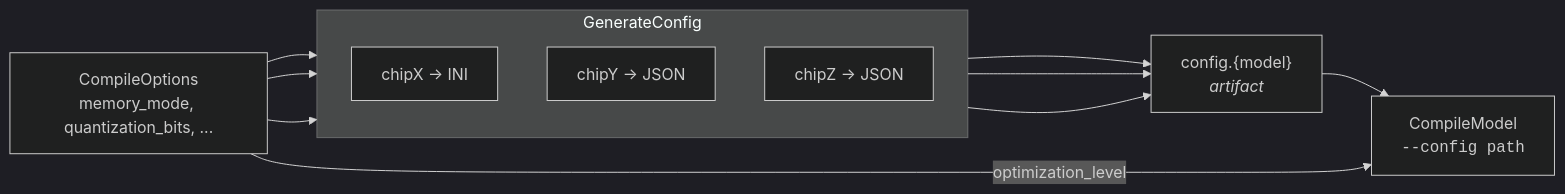
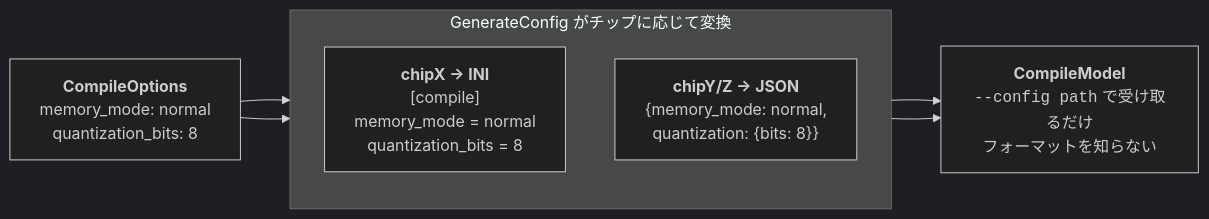
One commit to hatsuka20/vibe_test changed the fifth of 6 diagrams in docs/architecture.md. Above: the diagram before and after it, drawn with Mermaid (dark theme). The commit also changed other lines of this file, not shown here.

First line of the commit message:
Rewrite architecture doc with motivation, examples, and narrative

````diff
--- a/docs/architecture.md
+++ b/docs/architecture.md
@@ -122,17 +222,15 @@
 ```mermaid
 flowchart LR
-    CO["CompileOptions<br/>memory_mode, quantization_bits, ..."]
+    CO["<b>CompileOptions</b><br/>memory_mode: normal<br/>quantization_bits: 8"]
 
-    subgraph "GenerateConfig"
+    subgraph gc["GenerateConfig がチップに応じて変換"]
         direction TB
-        CX["chipX → INI"]
-        CY["chipY → JSON"]
-        CZ["chipZ → JSON"]
+        INI["<b>chipX → INI</b><br/>[compile]<br/>memory_mode = normal<br/>quantization_bits = 8"]
+        JSON["<b>chipY/Z → JSON</b><br/>{memory_mode: normal,<br/> quantization: {bits: 8}}"]
     end
 
-    CF["config.{model}<br/><i>artifact</i>"]
-    CModel["CompileModel<br/><code>--config path</code>"]
+    CM["<b>CompileModel</b><br/><code>--config path</code> で受け取るだけ<br/>フォーマットを知らない"]
 
-    CO --> CX & CY & CZ --> CF --> CModel
-    CO -- "optimization_level" --> CModel
+    CO --> INI & JSON
+    INI & JSON --> CM
 ```
````
